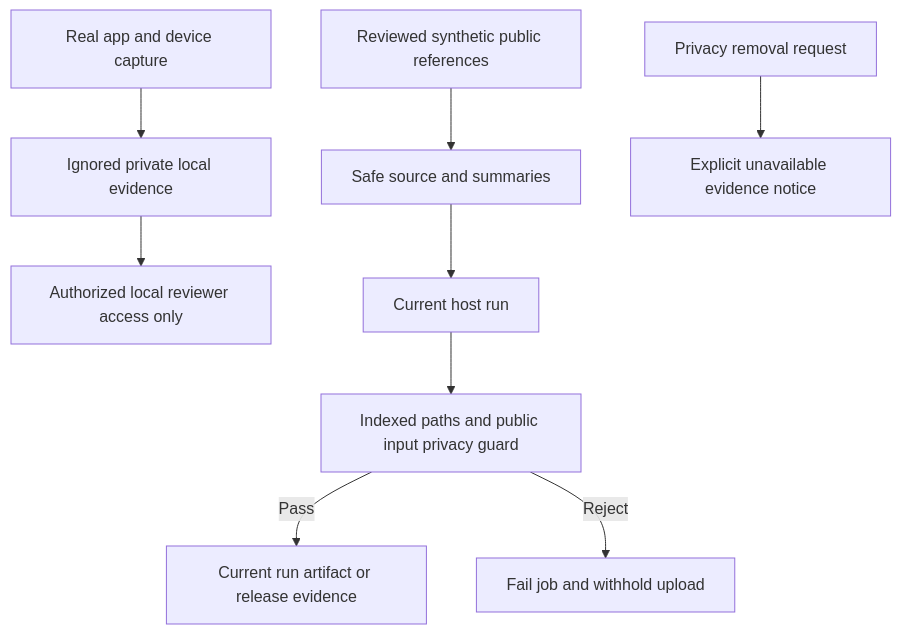
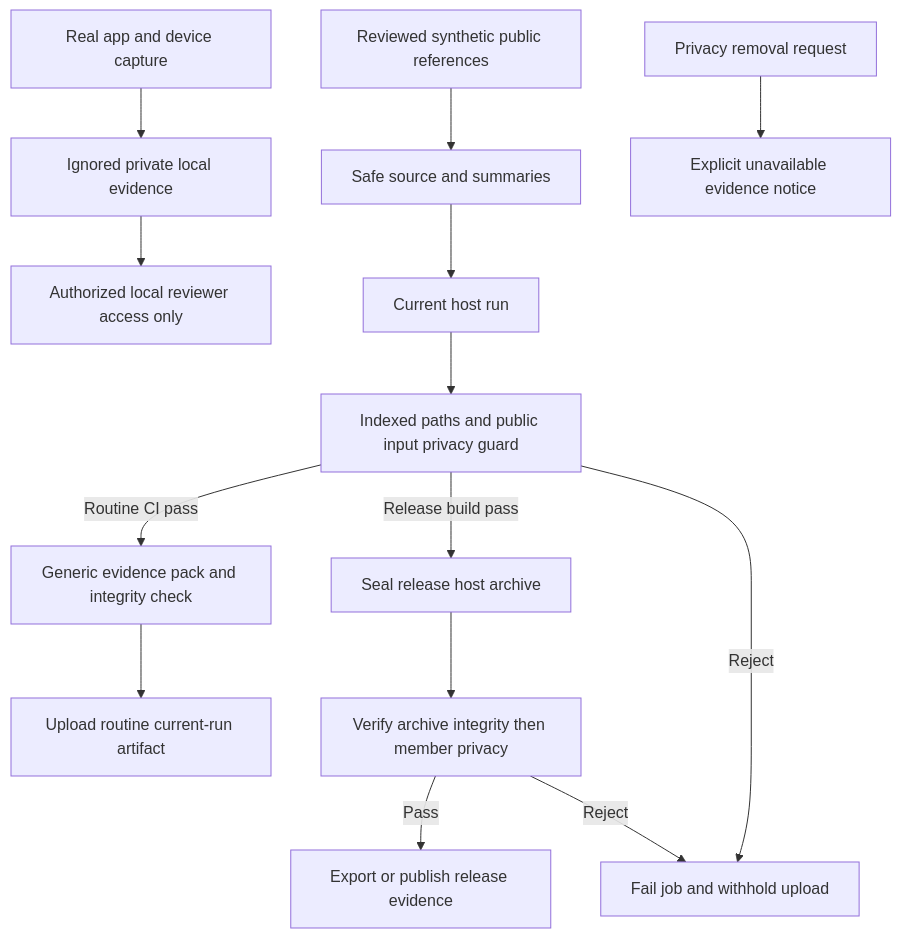
The first of 2 diagrams in docs/PRIVACY.md (PhiLong-Ho/agent-dev-template), drawn with Mermaid before and after one commit. The commit also changed other lines of this file and 20 other files, not shown here.

Commit message:
Guard verified release archive members before publication (#7)

````diff
--- a/docs/PRIVACY.md
+++ b/docs/PRIVACY.md
@@ -34,11 +41,16 @@
 ```mermaid
 flowchart TB
     Device[Real app and device capture] --> Private[Ignored private local evidence]
     Private --> Access[Authorized local reviewer access only]
     Fixture[Reviewed synthetic public references] --> Source[Safe source and summaries]
     Source --> Host[Current host run]
     Host --> Guard[Indexed paths and public input privacy guard]
-    Guard -->|Pass| Upload[Current run artifact or release evidence]
+    Guard -->|Routine CI pass| Pack[Generic evidence pack and integrity check]
+    Pack --> Artifact[Upload routine current-run artifact]
+    Guard -->|Release build pass| Seal[Seal release host archive]
+    Seal --> Members[Verify archive integrity then member privacy]
+    Members -->|Pass| Release[Export or publish release evidence]
     Guard -->|Reject| Block[Fail job and withhold upload]
+    Members -->|Reject| Block
     Withdraw[Privacy removal request] --> Notice[Explicit unavailable evidence notice]
 ```
````
